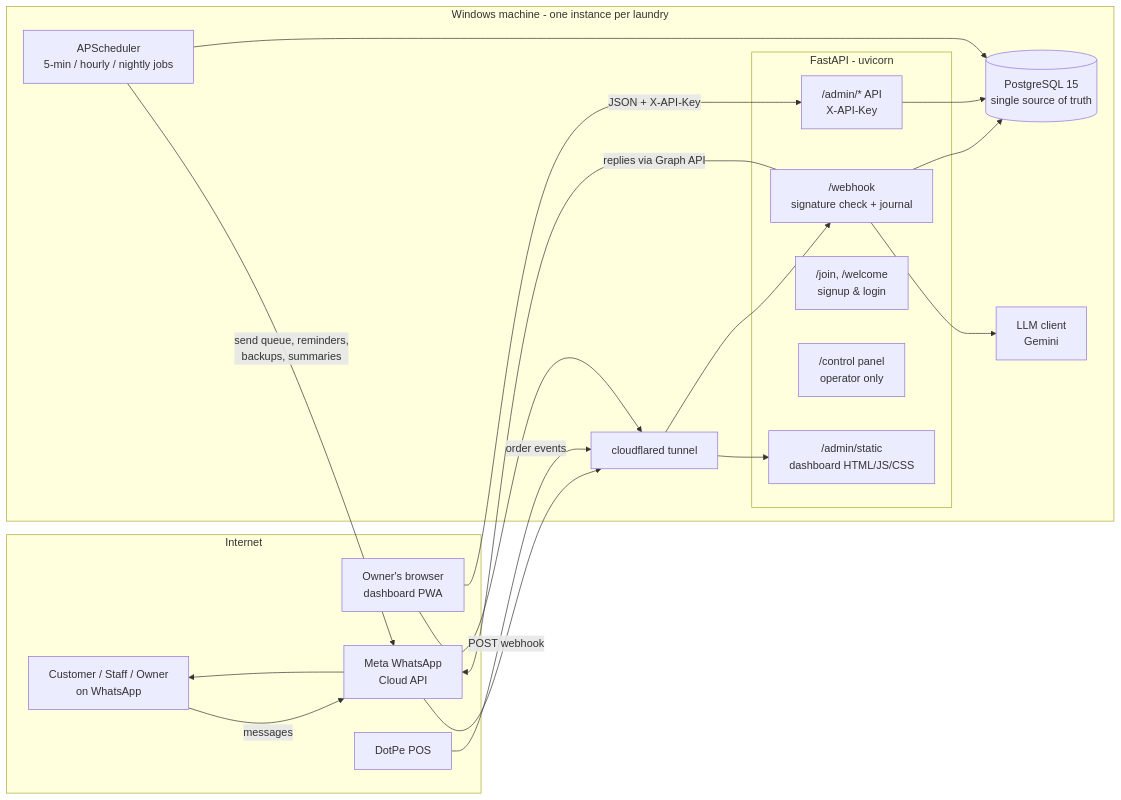
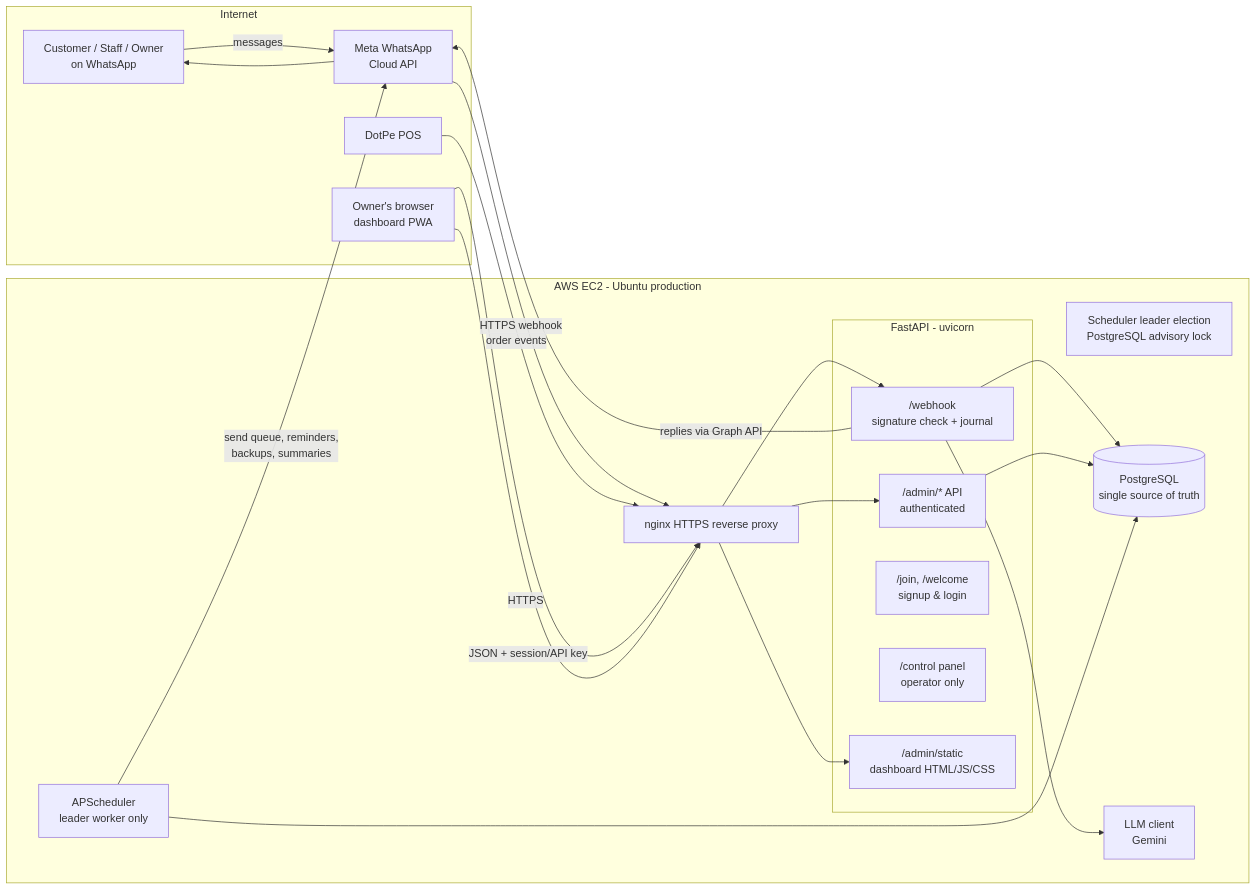
One commit to Suyash0225/KwikKlinDasboard changed the first of 4 diagrams in docs/ARCHITECTURE-DETAILED.md. Above: the diagram before and after it, drawn with Mermaid. The commit also changed other lines of this file and 5 other files, not shown here.

Commit message:
Issue 9: align architecture and security documentation

````diff
--- a/docs/ARCHITECTURE-DETAILED.md
+++ b/docs/ARCHITECTURE-DETAILED.md
@@ -42,34 +42,35 @@
 ```mermaid
 flowchart LR
     subgraph outside [Internet]
         CUST[Customer / Staff / Owner<br/>on WhatsApp]
         META[Meta WhatsApp<br/>Cloud API]
         DOTPE[DotPe POS]
         BROWSER[Owner's browser<br/>dashboard PWA]
     end
 
-    subgraph machine [Windows machine - one instance per laundry]
-        TUNNEL[cloudflared tunnel]
+    subgraph prod [AWS EC2 - Ubuntu production]
+        NGINX[nginx HTTPS reverse proxy]
         subgraph api [FastAPI - uvicorn]
             WH["/webhook<br/>signature check + journal"]
-            ADMIN["/admin/* API<br/>X-API-Key"]
+            ADMIN["/admin/* API<br/>authenticated"]
             ACC["/join, /welcome<br/>signup & login"]
             CTRL["/control panel<br/>operator only"]
             STATIC["/admin/static<br/>dashboard HTML/JS/CSS"]
         end
-        SCHED[APScheduler<br/>5-min / hourly / nightly jobs]
-        DB[(PostgreSQL 15<br/>single source of truth)]
+        ELECT[Scheduler leader election<br/>PostgreSQL advisory lock]
+        SCHED[APScheduler<br/>leader worker only]
+        DB[(PostgreSQL<br/>single source of truth)]
         LLM[LLM client<br/>Gemini]
     end
 
-    CUST -->|messages| META -->|POST webhook| TUNNEL --> WH
-    DOTPE -->|order events| TUNNEL
-    BROWSER --> TUNNEL --> STATIC
-    BROWSER -->|JSON + X-API-Key| ADMIN
+    CUST -->|messages| META -->|HTTPS webhook| NGINX --> WH
+    DOTPE -->|order events| NGINX
+    BROWSER -->|HTTPS| NGINX --> STATIC
+    BROWSER -->|JSON + session/API key| NGINX --> ADMIN
     WH --> DB
     WH --> LLM
     ADMIN --> DB
     SCHED --> DB
     SCHED -->|send queue, reminders,<br/>backups, summaries| META
     WH -->|replies via Graph API| META --> CUST
 ```
````
